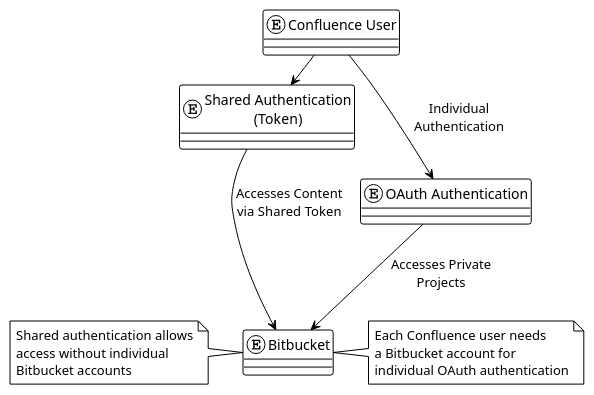
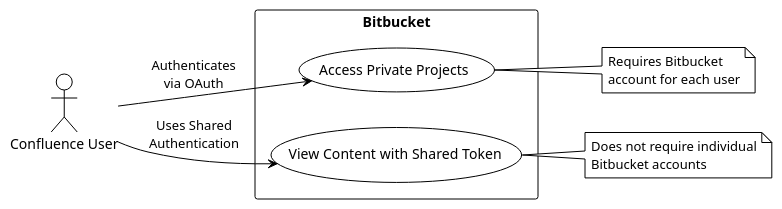
The diagram in authflow.puml (srmibextesting/mibex-testing-repo), drawn with PlantUML before and after one commit.

```diff
--- a/authflow.puml
+++ b/authflow.puml
@@ -1,20 +1,18 @@
 @startuml
 
 !theme plain
 
-entity "Confluence User" as ConfluenceUser
-entity "Bitbucket" as Bitbucket
-entity "OAuth Authentication" as OAuth
-entity "Shared Authentication\n(Token)" as SharedAuth
+left to right direction
+actor "Confluence User" as User
+rectangle Bitbucket {
+  usecase "Access Private Projects" as AccessPrivate
+  usecase "View Content with Shared Token" as ViewShared
+}
 
-ConfluenceUser -down-> OAuth : "Individual\nAuthentication"
-OAuth -down-> Bitbucket : "Accesses Private\nProjects"
+User --> AccessPrivate : Authenticates\nvia OAuth
+User --> ViewShared : Uses Shared\nAuthentication
 
-ConfluenceUser -right-> SharedAuth : "Uses Shared\nAuthentication"
-SharedAuth -right-> Bitbucket : "Accesses Content\nvia Shared Token"
-
-note right of Bitbucket : Each Confluence user needs\na Bitbucket account for\nindividual OAuth authentication
-
-note left of Bitbucket : Shared authentication allows\naccess without individual\nBitbucket accounts
+note right of AccessPrivate : Requires Bitbucket\naccount for each user
+note right of ViewShared : Does not require individual\nBitbucket accounts
 
 @enduml
```
